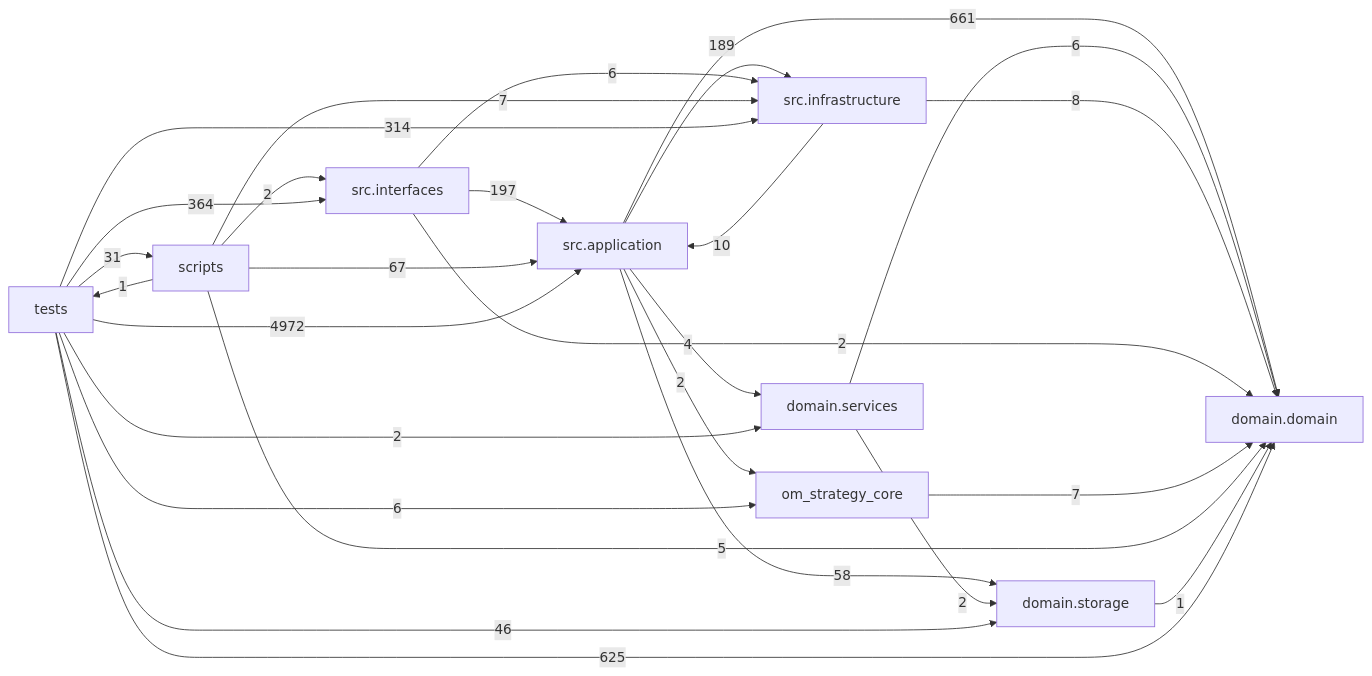
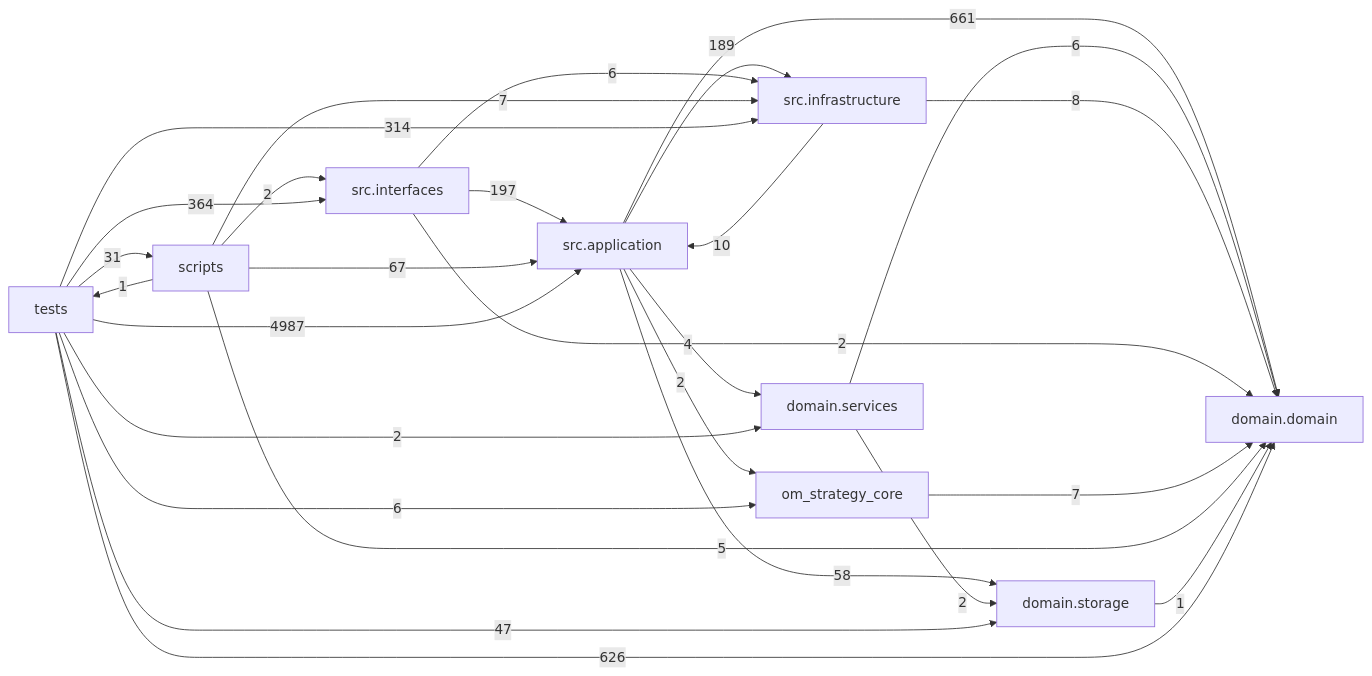
The diagram in docs/DEPENDENCY_GRAPH.md (liuxie066/options-monitor), drawn with Mermaid before and after one commit. The commit also changed other lines of this file and 8 other files, not shown here.

````diff
--- a/docs/DEPENDENCY_GRAPH.md
+++ b/docs/DEPENDENCY_GRAPH.md
@@ -24,38 +24,38 @@
 ```mermaid
 flowchart LR
   tests["tests"]
   scripts["scripts"]
   interfaces["src.interfaces"]
   application["src.application"]
   infrastructure["src.infrastructure"]
   domain_services["domain.services"]
   domain["domain.domain"]
   storage["domain.storage"]
   application -->|661| domain
   application -->|4| domain_services
   application -->|189| infrastructure
   application -->|2| om_strategy_core
   application -->|58| storage
   domain_services -->|6| domain
   domain_services -->|2| storage
   infrastructure -->|10| application
   infrastructure -->|8| domain
   interfaces -->|197| application
   interfaces -->|2| domain
   interfaces -->|6| infrastructure
   om_strategy_core -->|7| domain
   scripts -->|67| application
   scripts -->|5| domain
   scripts -->|7| infrastructure
   scripts -->|2| interfaces
   scripts -->|1| tests
   storage -->|1| domain
-  tests -->|4972| application
-  tests -->|625| domain
+  tests -->|4987| application
+  tests -->|626| domain
   tests -->|2| domain_services
   tests -->|314| infrastructure
   tests -->|364| interfaces
   tests -->|6| om_strategy_core
   tests -->|31| scripts
-  tests -->|46| storage
+  tests -->|47| storage
 ```
````
